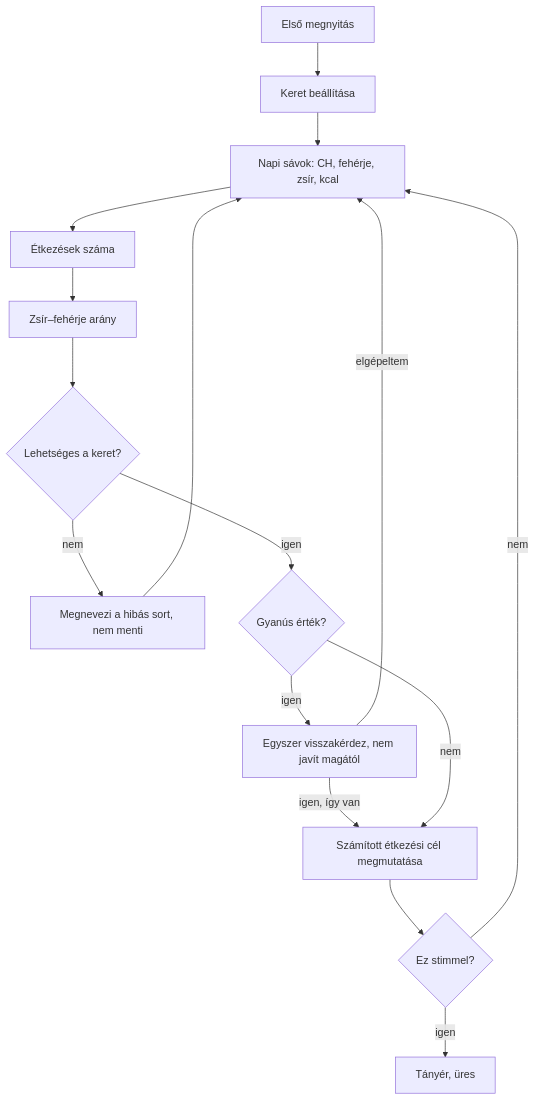
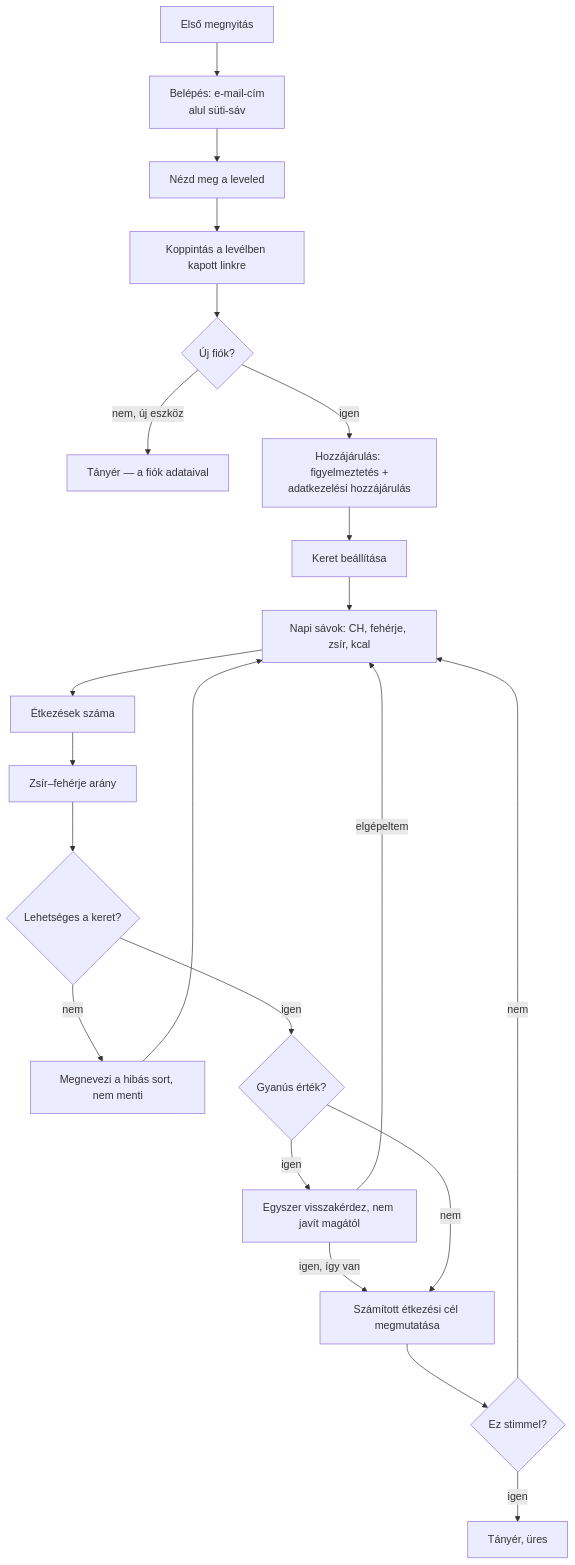
The third of 3 diagrams in ketara-folyamatok-kepernyok.md (Izayata/ketara-artifacts), drawn with Mermaid before and after one commit. The commit also changed other lines of this file and 1 other file, not shown here.

First line of the commit message:
Flows v0.7 and UX spec v0.3: sign-in, consent, cookies, account

````diff
--- a/ketara-folyamatok-kepernyok.md
+++ b/ketara-folyamatok-kepernyok.md
@@ -97,18 +101,24 @@
 ```mermaid
 flowchart TD
-    A[Első megnyitás] --> B[Keret beállítása]
+    A0[Első megnyitás] --> A1["Belépés: e-mail-cím<br/>alul süti-sáv"]
+    A1 --> A2["Nézd meg a leveled"]
+    A2 --> A3[Koppintás a levélben kapott linkre]
+    A3 --> A4{Új fiók?}
+    A4 -- "nem, új eszköz" --> J0["Tányér — a fiók adataival"]
+    A4 -- igen --> A5["Hozzájárulás: figyelmeztetés +<br/>adatkezelési hozzájárulás"]
+    A5 --> B[Keret beállítása]
     B --> C[Napi sávok: CH, fehérje, zsír, kcal]
     C --> D[Étkezések száma]
     D --> E[Zsír–fehérje arány]
     E --> F{Lehetséges a keret?}
     F -- nem --> F2["Megnevezi a hibás sort, nem menti"] --> C
     F -- igen --> F3{Gyanús érték?}
     F3 -- igen --> G["Egyszer visszakérdez, nem javít magától"]
     G -- "igen, így van" --> H
     G -- "elgépeltem" --> C
     F3 -- nem --> H
     H["Számított étkezési cél megmutatása"]
     H --> I{Ez stimmel?}
     I -- nem --> C
     I -- igen --> J[Tányér, üres]
 ```
````
